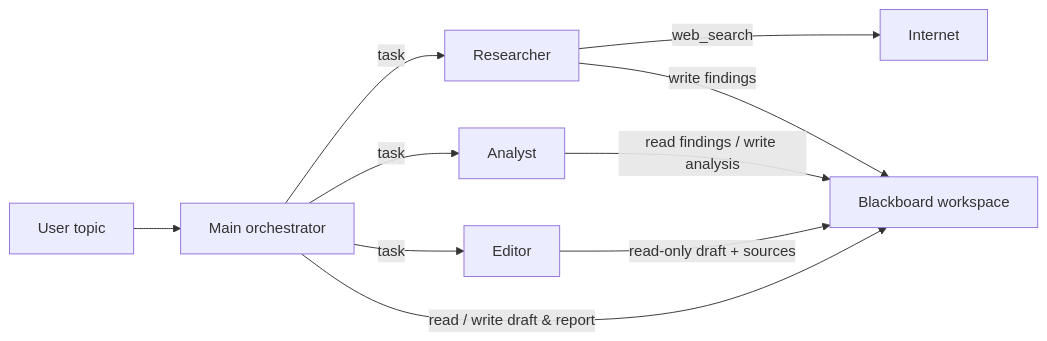
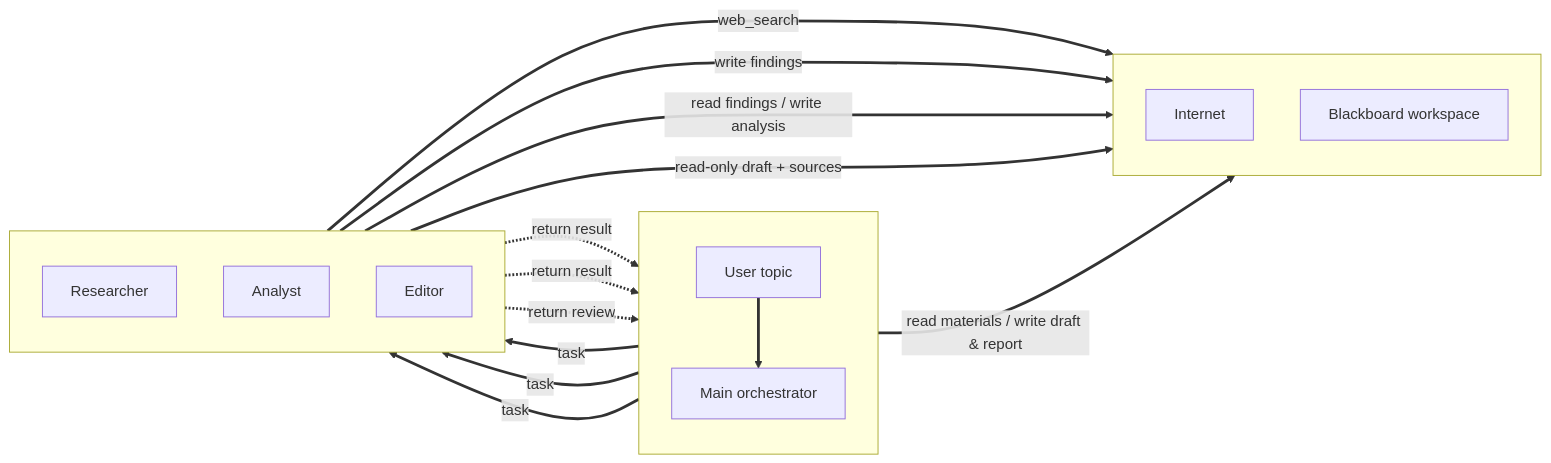
One commit to sunkuangdong/Deep_Research_Assistant changed the first of 3 diagrams in README.md. Above: the diagram before and after it, drawn with Mermaid. The commit also changed 1 other file, not shown here.

Commit message:
redraw the grouph

````diff
--- a/README.md
+++ b/README.md
@@ -36,14 +36,38 @@
 ```mermaid
 flowchart LR
-    User[User topic] --> Orchestrator[Main orchestrator]
+    subgraph col1 [ ]
+        direction TB
+        User[User topic]
+        Main[Main orchestrator]
+        User ==> Main
+    end
 
-    Orchestrator -->|task| Researcher[Researcher]
-    Orchestrator -->|task| Analyst[Analyst]
-    Orchestrator -->|task| Editor[Editor]
+    subgraph col2 [ ]
+        direction TB
+        Researcher[Researcher]
+        Analyst[Analyst]
+        Editor[Editor]
+    end
 
-    Researcher -->|web_search| Web[Internet]
-    Researcher -->|write findings| Board[Blackboard workspace]
-    Analyst -->|read findings / write analysis| Board
-    Editor -->|read-only draft + sources| Board
-    Orchestrator -->|read / write draft & report| Board
+    subgraph col3 [ ]
+        direction TB
+        Web[Internet]
+        Board[Blackboard workspace]
+    end
+
+    Main ==>|task| Researcher
+    Main ==>|task| Analyst
+    Main ==>|task| Editor
+
+    Researcher -.->|return result| Main
+    Analyst -.->|return result| Main
+    Editor -.->|return review| Main
+
+    Researcher ==>|web_search| Web
+    Researcher ==>|write findings| Board
+    Analyst ==>|read findings / write analysis| Board
+    Editor ==>|read-only draft + sources| Board
+    Main ==>|read materials / write draft & report| Board
+
+    linkStyle default stroke-width:3px
 ```
````
